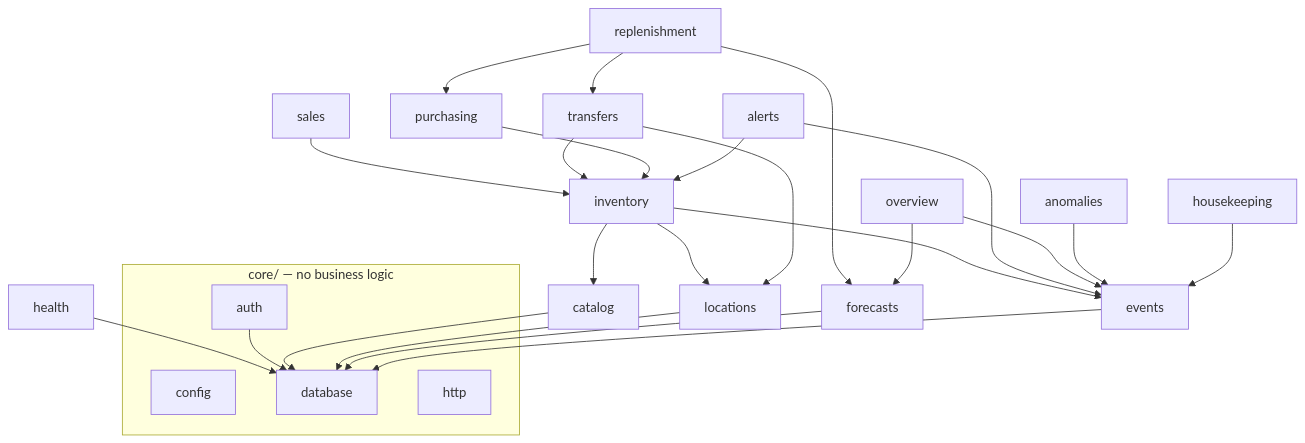
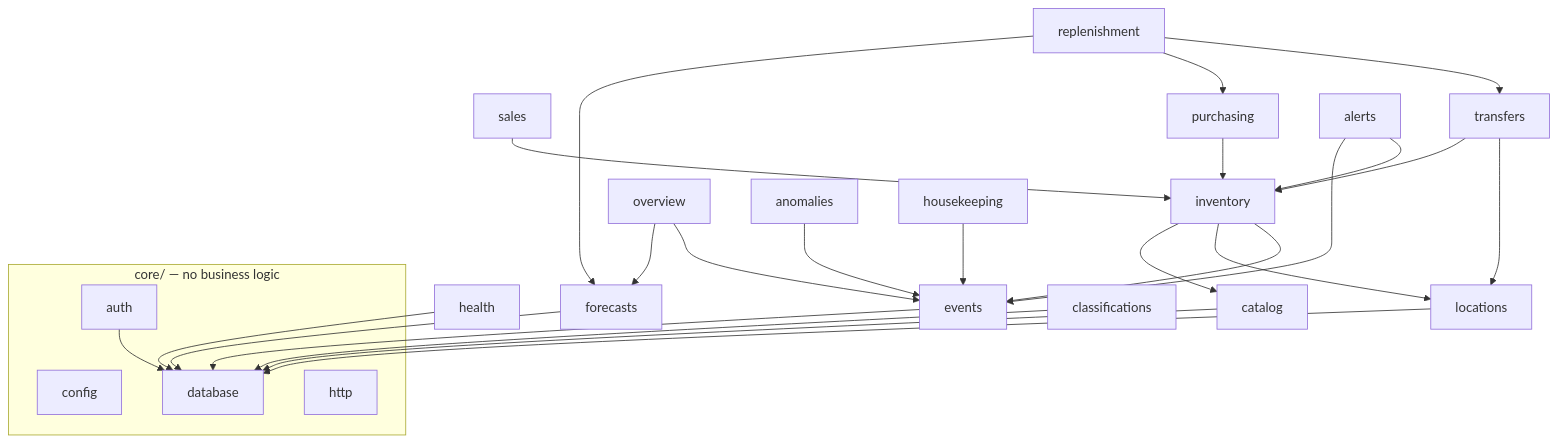
Before and after one commit to Hirockpaul/RetailPulse: the second of 6 diagrams in docs/ARCHITECTURE.md, drawn with Mermaid. The commit also changed other lines of this file and 19 other files, not shown here.

````diff
--- a/docs/ARCHITECTURE.md
+++ b/docs/ARCHITECTURE.md
@@ -69,21 +69,22 @@
 ```mermaid
 flowchart TB
   subgraph core[core/ — no business logic]
     config & database & http & auth
   end
   health --> database
   auth --> database
   catalog --> database
   locations --> database
   inventory --> catalog & locations & events
   sales --> inventory
   transfers --> inventory & locations
   purchasing --> inventory
   forecasts --> database
   replenishment --> forecasts & purchasing & transfers
   events --> database
   alerts --> events & inventory
   overview --> forecasts & events
   anomalies --> events
+  classifications --> database
   housekeeping --> events
 ```
````
